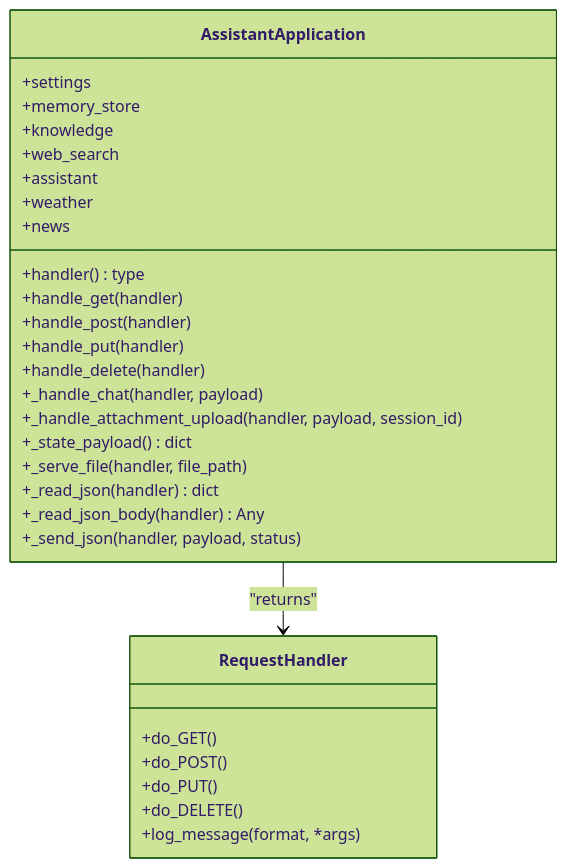
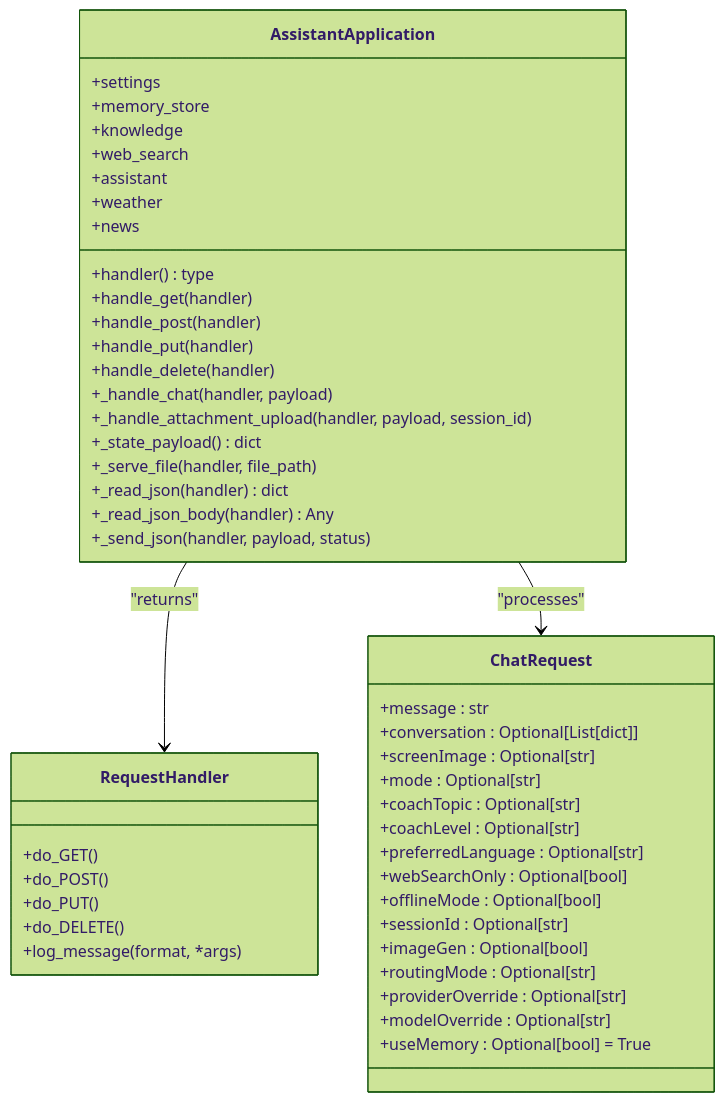
Before and after one commit to Sovetsky-Soyuz/AI-Assistant: the third of 11 diagrams in .qoder/repowiki/en/content/System Architecture/Backend Architecture/Backend Architecture.md, drawn with Mermaid (forest theme). The commit also changed other lines of this file and 15 other files, not shown here.

````diff
--- a/.qoder/repowiki/en/content/System Architecture/Backend Architecture/Backend Architecture.md
+++ b/.qoder/repowiki/en/content/System Architecture/Backend Architecture/Backend Architecture.md
@@ -161,32 +175,50 @@
 ```mermaid
 classDiagram
 class AssistantApplication {
 +settings
 +memory_store
 +knowledge
 +web_search
 +assistant
 +weather
 +news
 +handler() type
 +handle_get(handler)
 +handle_post(handler)
 +handle_put(handler)
 +handle_delete(handler)
 +_handle_chat(handler, payload)
 +_handle_attachment_upload(handler, payload, session_id)
 +_state_payload() dict
 +_serve_file(handler, file_path)
 +_read_json(handler) dict
 +_read_json_body(handler) Any
 +_send_json(handler, payload, status)
 }
 class RequestHandler {
 +do_GET()
 +do_POST()
 +do_PUT()
 +do_DELETE()
 +log_message(format, *args)
 }
+class ChatRequest {
++message : str
++conversation : Optional[List[dict]]
++screenImage : Optional[str]
++mode : Optional[str]
++coachTopic : Optional[str]
++coachLevel : Optional[str]
++preferredLanguage : Optional[str]
++webSearchOnly : Optional[bool]
++offlineMode : Optional[bool]
++sessionId : Optional[str]
++imageGen : Optional[bool]
++routingMode : Optional[str]
++providerOverride : Optional[str]
++modelOverride : Optional[str]
++useMemory : Optional[bool] = True
+}
 AssistantApplication --> RequestHandler : "returns"
+AssistantApplication --> ChatRequest : "processes"
 ```
````
